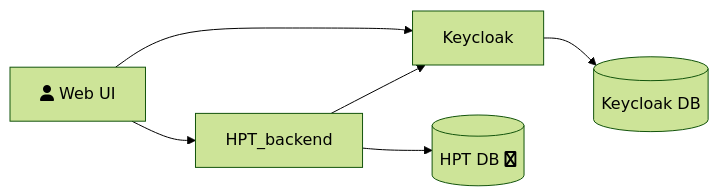
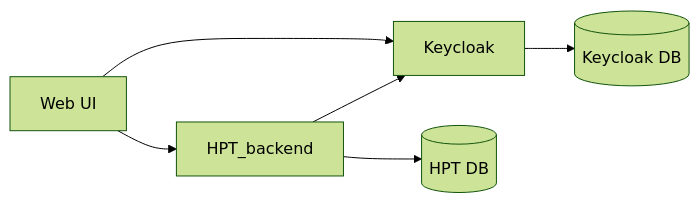
Before and after one commit to bastoker/testcontainers-workshop: the first of 2 diagrams in README.md, drawn with Mermaid (forest theme). The commit also changed other lines of this file, not shown here.

````diff
--- a/README.md
+++ b/README.md
@@ -21,9 +21,8 @@
 ```mermaid
 graph LR;
-    HPT_UI[fa:fa-user Web UI]-->HPT_backend
-    HPT_UI[fa:fa-user Web UI]-->Keycloak
-    HPT_backend-->PostgreSQL_hpt[(HPT DB fa:fa-docker)];
+    HPT_UI[Web UI]-->HPT_backend
+    HPT_UI[Web UI]-->Keycloak
+    HPT_backend-->PostgreSQL_hpt[(HPT DB)];
     HPT_backend-->Keycloak;
     Keycloak-->PostgreSQL_keycloak[(Keycloak DB)];
-    PostgreSQL_hpt~~~PostgreSQL_keycloak
 ```
````
